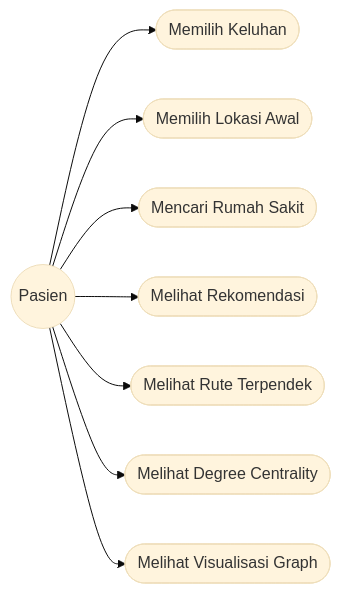
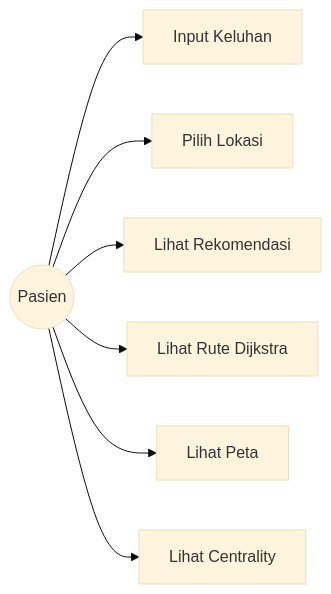
The third of 4 diagrams in README.md (igustingurahdwiandikaputra-code/UAS), drawn with Mermaid (base theme) before and after one commit. The commit also changed other lines of this file, not shown here.

````diff
--- a/README.md
+++ b/README.md
@@ -224,21 +209,18 @@
 ```mermaid
 flowchart LR
-
     User((Pasien))
 
-    UC1([Memilih Keluhan])
-    UC2([Memilih Lokasi Awal])
-    UC3([Mencari Rumah Sakit])
-    UC4([Melihat Rekomendasi])
-    UC5([Melihat Rute Terpendek])
-    UC6([Melihat Degree Centrality])
-    UC7([Melihat Visualisasi Graph])
+    UC1[Input Keluhan]
+    UC2[Pilih Lokasi]
+    UC3[Lihat Rekomendasi]
+    UC4[Lihat Rute Dijkstra]
+    UC5[Lihat Peta]
+    UC6[Lihat Centrality]
 
     User --> UC1
     User --> UC2
     User --> UC3
     User --> UC4
     User --> UC5
     User --> UC6
-    User --> UC7
 ```
````
